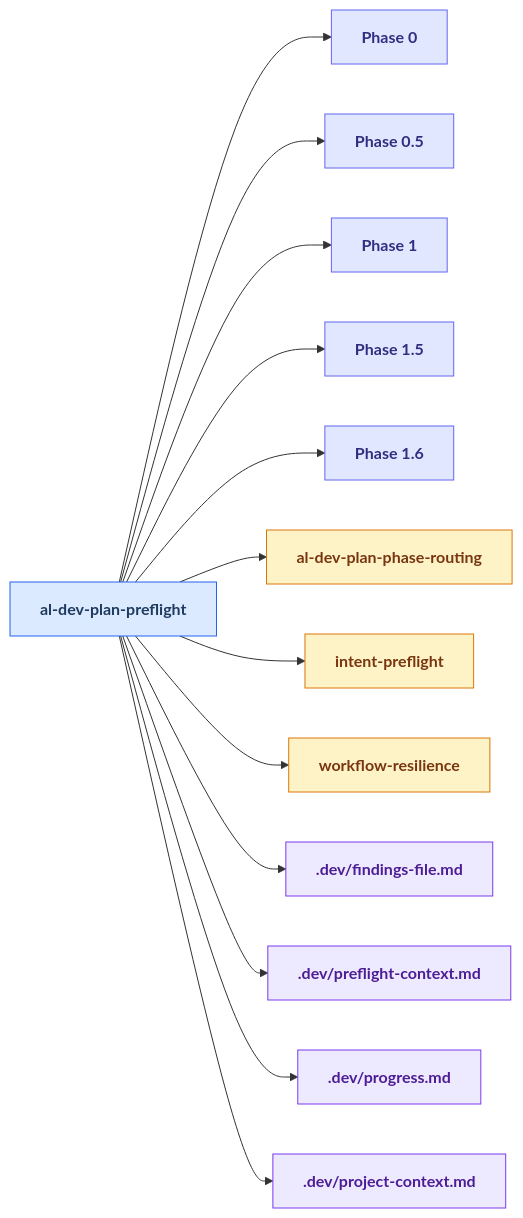
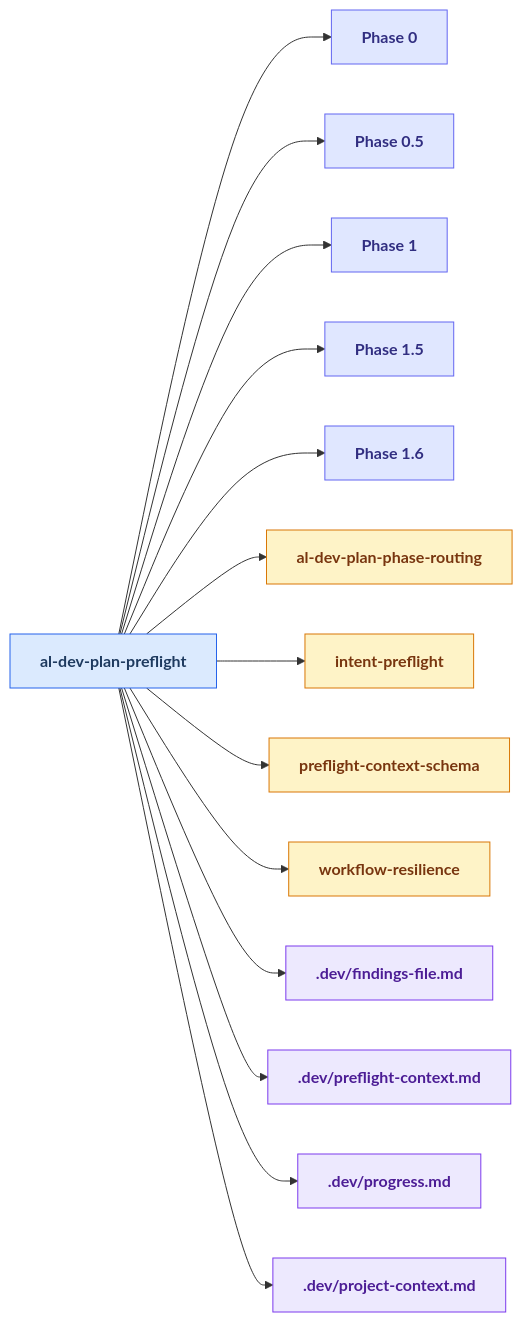
One commit to russell-laing/al-dev-shared changed the eighth of 24 diagrams in docs/al-dev-skills-map.md. Above: the diagram before and after it, drawn with Mermaid. The commit also changed other lines of this file and 3 other files, not shown here.

````diff
--- a/docs/al-dev-skills-map.md
+++ b/docs/al-dev-skills-map.md
@@ -389,49 +395,52 @@
 ```mermaid
 flowchart LR
     classDef skillNode fill:#dbeafe,stroke:#2563eb,color:#1e3a5f,font-weight:bold
     classDef agentNode fill:#d1fae5,stroke:#059669,color:#064e3b,font-weight:bold
     classDef knowledgeNode fill:#fef3c7,stroke:#d97706,color:#78350f,font-weight:bold
     classDef artifactNode fill:#ede9fe,stroke:#7c3aed,color:#4c1d95,font-weight:bold
     classDef phaseNode fill:#e0e7ff,stroke:#6366f1,color:#312e81,font-weight:bold
 
     skill_al_dev_plan_preflight[al-dev-plan-preflight]
     Phase0["Phase 0"]
     Phase0_5["Phase 0.5"]
     Phase1["Phase 1"]
     Phase1_5["Phase 1.5"]
     Phase1_6["Phase 1.6"]
     knowledge_al_dev_plan_phase_routing_md[al-dev-plan-phase-routing]
     knowledge_intent_preflight_md[intent-preflight]
+    knowledge_preflight_context_schema_md[preflight-context-schema]
     knowledge_workflow_resilience_md[workflow-resilience]
     artifact_findings_file_md[.dev/findings-file.md]
     artifact_preflight_context_md[.dev/preflight-context.md]
     artifact_progress_md[.dev/progress.md]
     artifact_project_context_md[.dev/project-context.md]
 
     skill_al_dev_plan_preflight --> Phase0
     skill_al_dev_plan_preflight --> Phase0_5
     skill_al_dev_plan_preflight --> Phase1
     skill_al_dev_plan_preflight --> Phase1_5
     skill_al_dev_plan_preflight --> Phase1_6
     skill_al_dev_plan_preflight --> knowledge_al_dev_plan_phase_routing_md
     skill_al_dev_plan_preflight --> knowledge_intent_preflight_md
+    skill_al_dev_plan_preflight --> knowledge_preflight_context_schema_md
     skill_al_dev_plan_preflight --> knowledge_workflow_resilience_md
     skill_al_dev_plan_preflight --> artifact_findings_file_md
     skill_al_dev_plan_preflight --> artifact_preflight_context_md
     skill_al_dev_plan_preflight --> artifact_progress_md
     skill_al_dev_plan_preflight --> artifact_project_context_md
 
     class skill_al_dev_plan_preflight skillNode
     class Phase0 phaseNode
     class Phase0_5 phaseNode
     class Phase1 phaseNode
     class Phase1_5 phaseNode
     class Phase1_6 phaseNode
     class knowledge_al_dev_plan_phase_routing_md knowledgeNode
     class knowledge_intent_preflight_md knowledgeNode
+    class knowledge_preflight_context_schema_md knowledgeNode
     class knowledge_workflow_resilience_md knowledgeNode
     class artifact_findings_file_md artifactNode
     class artifact_preflight_context_md artifactNode
     class artifact_progress_md artifactNode
     class artifact_project_context_md artifactNode
 ```
````
